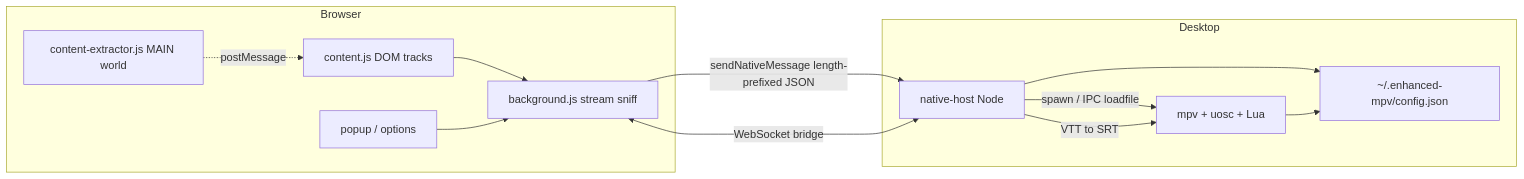
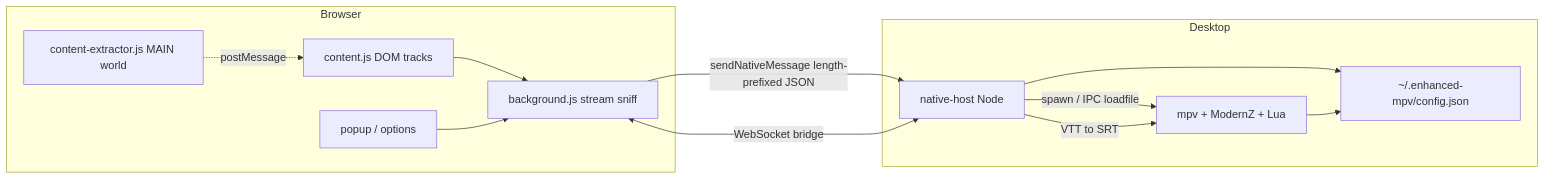
One commit to nihal6886/enhanced-mpv changed the diagram in README.md. Above: the diagram before and after it, drawn with Mermaid. The commit also changed other lines of this file, not shown here.

````diff
--- a/README.md
+++ b/README.md
@@ -159,23 +111,23 @@
 ```mermaid
 flowchart LR
   subgraph Browser
     CS[content.js DOM tracks]
     CE[content-extractor.js MAIN world]
     BG[background.js stream sniff]
     POP[popup / options]
   end
   subgraph Desktop
     NH[native-host Node]
     CFG[~/.enhanced-mpv/config.json]
-    MPV[mpv + uosc + Lua]
+    MPV[mpv + ModernZ + Lua]
   end
   CS --> BG
   CE -.->|postMessage| CS
   POP --> BG
   BG -->|"sendNativeMessage length-prefixed JSON"| NH
   BG <--->|WebSocket bridge| NH
   NH --> CFG
   MPV --> CFG
   NH -->|"spawn / IPC loadfile"| MPV
   NH -->|VTT to SRT| MPV
 ```
````
